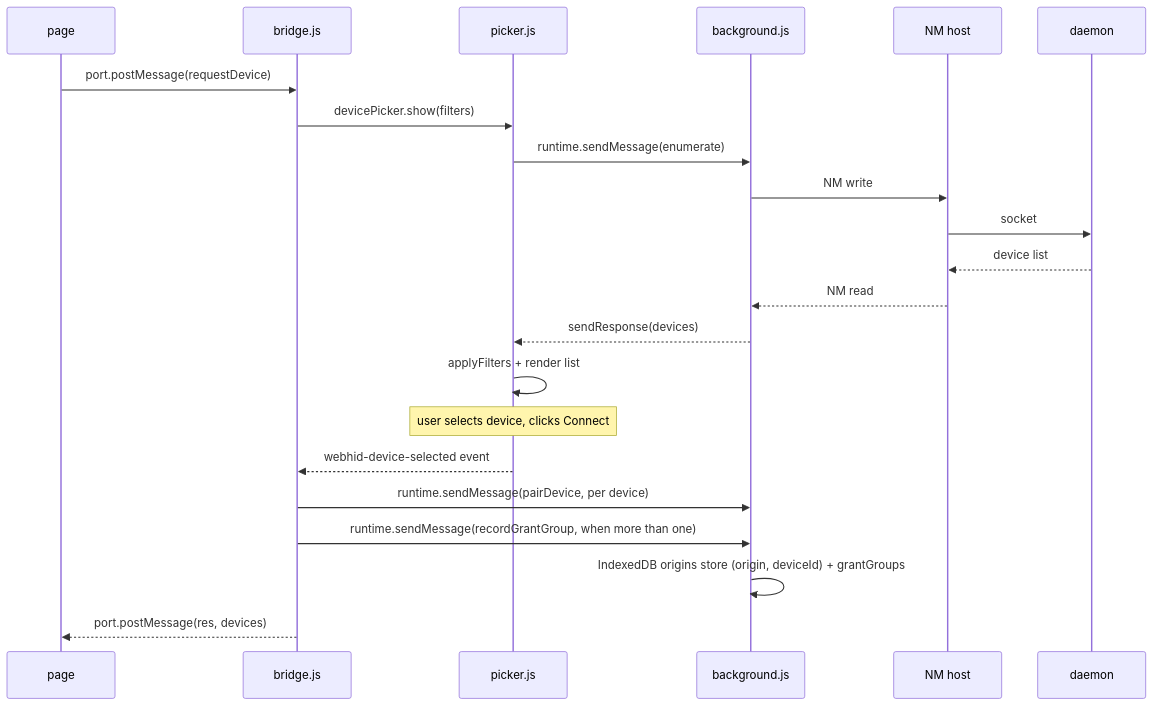
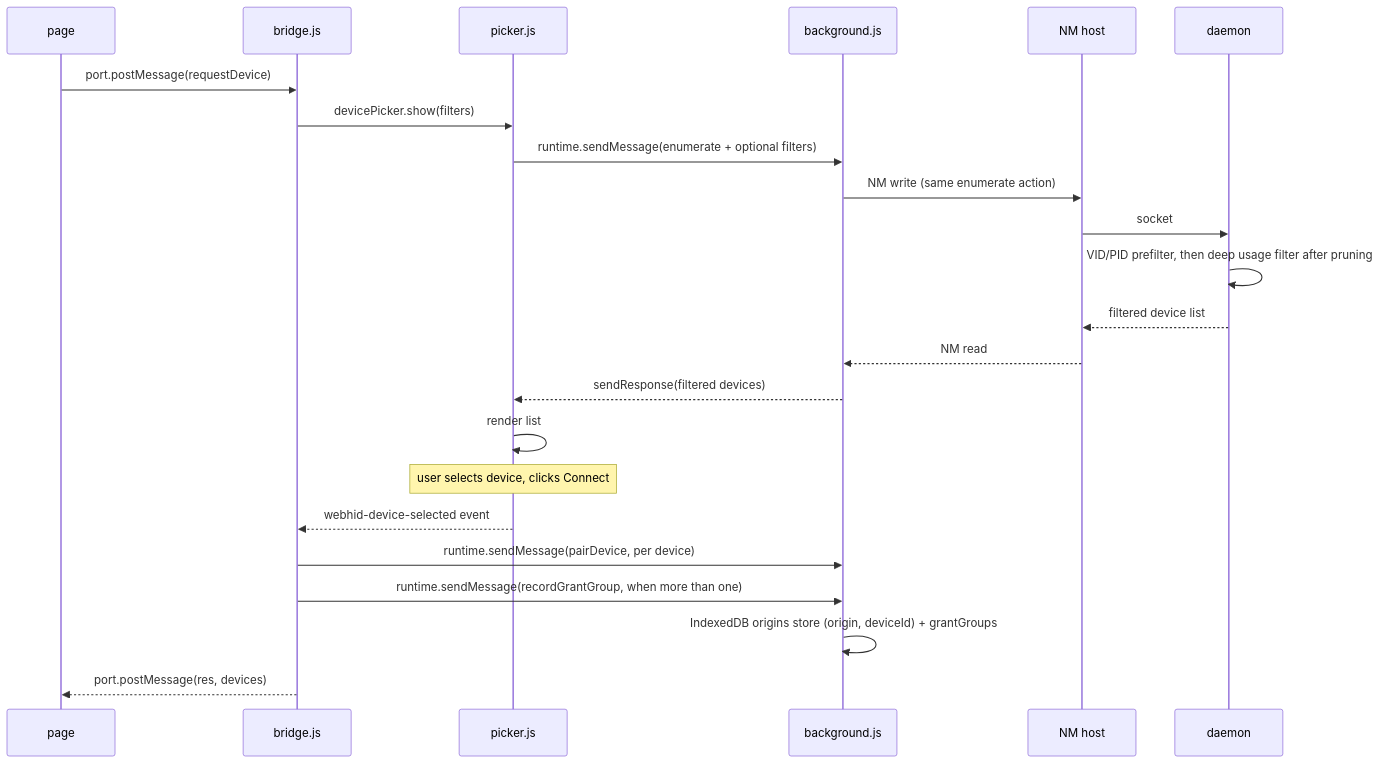
The seventh of 9 diagrams in docs/ARCHITECTURE.md (K4zoku/FF-WebHID), drawn with Mermaid before and after one commit. The commit also changed other lines of this file and 17 other files, not shown here.

Commit message:
feat: device filter inside daemon

````diff
--- a/docs/ARCHITECTURE.md
+++ b/docs/ARCHITECTURE.md
@@ -385,25 +385,26 @@
 ```mermaid
 sequenceDiagram
     participant P as page
     participant B as bridge.js
     participant Picker as picker.js
     participant G as background.js
     participant N as NM host
     participant D as daemon
 
     P->>B: port.postMessage(requestDevice)
     B->>Picker: devicePicker.show(filters)
-    Picker->>G: runtime.sendMessage(enumerate)
-    G->>N: NM write
+    Picker->>G: runtime.sendMessage(enumerate + optional filters)
+    G->>N: NM write (same enumerate action)
     N->>D: socket
-    D-->>N: device list
+    D->>D: VID/PID prefilter, then deep usage filter after pruning
+    D-->>N: filtered device list
     N-->>G: NM read
-    G-->>Picker: sendResponse(devices)
-    Picker->>Picker: applyFilters + render list
+    G-->>Picker: sendResponse(filtered devices)
+    Picker->>Picker: render list
     Note over Picker: user selects device, clicks Connect
     Picker-->>B: webhid-device-selected event
     B->>G: runtime.sendMessage(pairDevice, per device)
     B->>G: runtime.sendMessage(recordGrantGroup, when more than one)
     G->>G: IndexedDB origins store (origin, deviceId) + grantGroups
     B-->>P: port.postMessage(res, devices)
 ```
````
